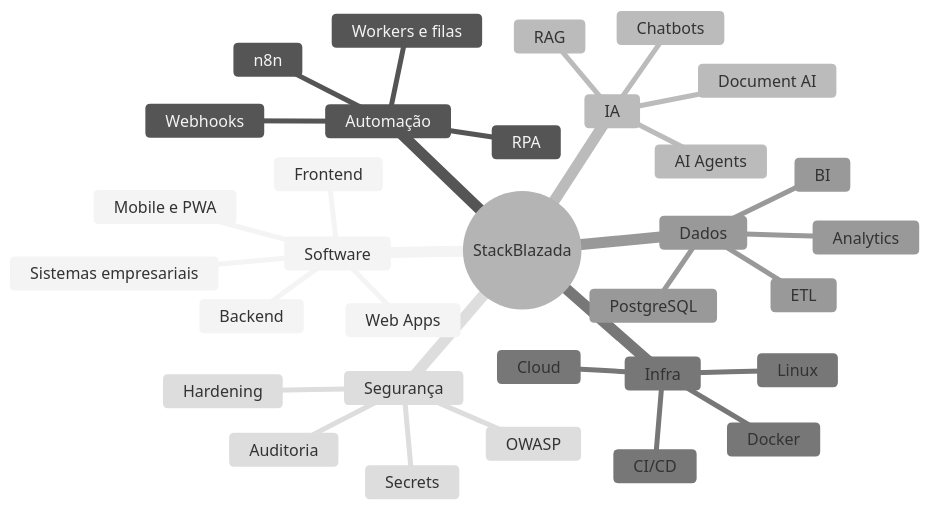
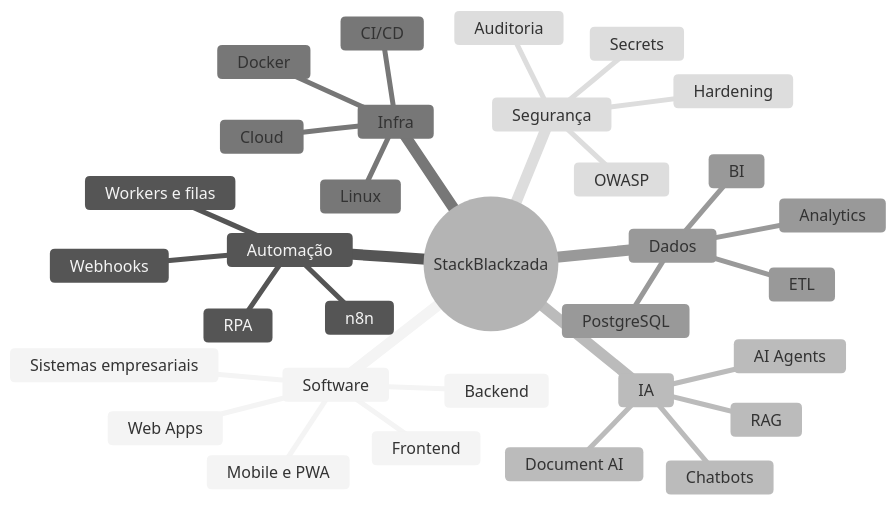
One commit to StackBlackzada/.github changed the second of 16 diagrams in profile/README.md. Above: the diagram before and after it, drawn with Mermaid (neutral theme). The commit also changed other lines of this file, not shown here.

Commit message:
Rename StackBlazada to StackBlackzada in README

````diff
--- a/profile/README.md
+++ b/profile/README.md
@@ -91,35 +91,35 @@
 ```mermaid
 mindmap
-  root((StackBlazada))
+  root((StackBlackzada))
     Software
       Backend
       Frontend
       Web Apps
       Mobile e PWA
       Sistemas empresariais
     Automação
       n8n
       Webhooks
       Workers e filas
       RPA
     IA
       AI Agents
       RAG
       Chatbots
       Document AI
     Infra
       Linux
       Docker
       Cloud
       CI/CD
     Dados
       PostgreSQL
       ETL
       Analytics
       BI
     Segurança
       OWASP
       Hardening
       Secrets
       Auditoria
 ```
````
